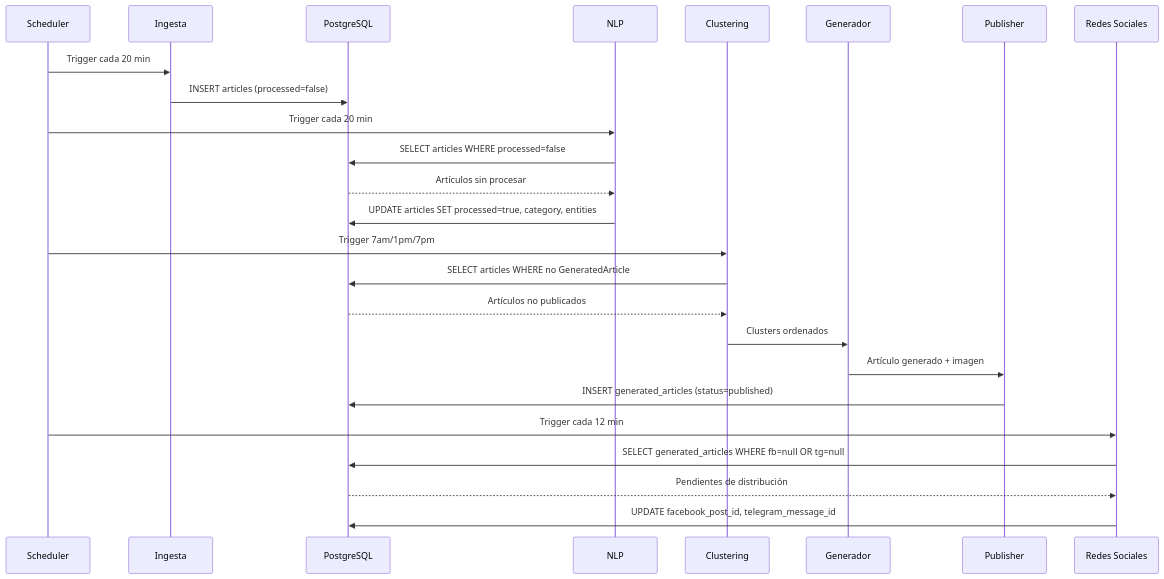
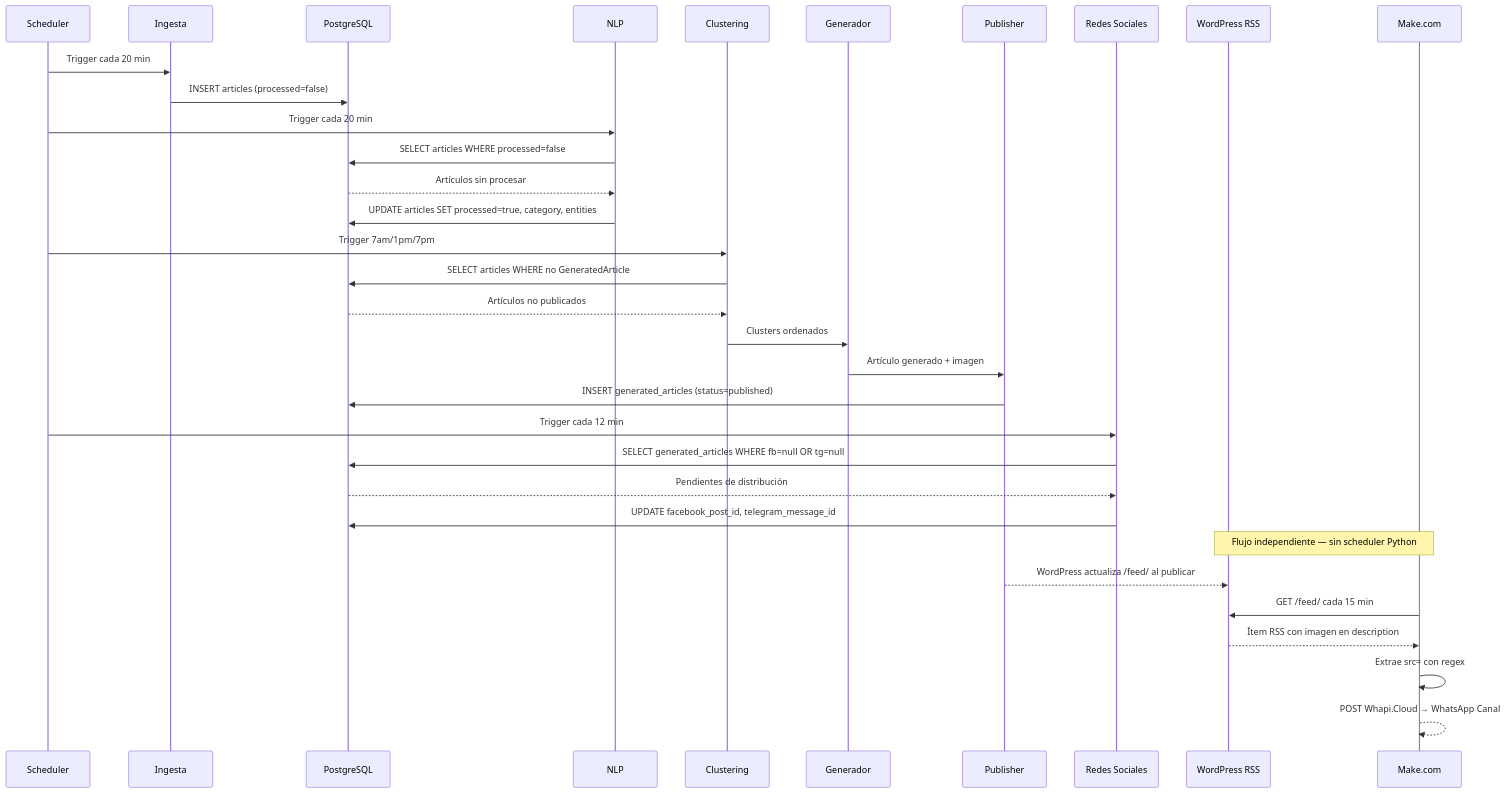
One commit to carloscheco-cloud/NeuroDiario changed the second of 2 diagrams in docs/ARCHITECTURE.md. Above: the diagram before and after it, drawn with Mermaid. The commit also changed other lines of this file, not shown here.

````diff
--- a/docs/ARCHITECTURE.md
+++ b/docs/ARCHITECTURE.md
@@ -84,28 +97,36 @@
 ```mermaid
 sequenceDiagram
     participant S as Scheduler
     participant I as Ingesta
     participant DB as PostgreSQL
     participant N as NLP
     participant C as Clustering
     participant G as Generador
     participant P as Publisher
     participant R as Redes Sociales
+    participant WP as WordPress RSS
+    participant M as Make.com
 
     S->>I: Trigger cada 20 min
     I->>DB: INSERT articles (processed=false)
     S->>N: Trigger cada 20 min
     N->>DB: SELECT articles WHERE processed=false
     DB-->>N: Artículos sin procesar
     N->>DB: UPDATE articles SET processed=true, category, entities
     S->>C: Trigger 7am/1pm/7pm
     C->>DB: SELECT articles WHERE no GeneratedArticle
     DB-->>C: Artículos no publicados
     C->>G: Clusters ordenados
     G->>P: Artículo generado + imagen
     P->>DB: INSERT generated_articles (status=published)
     S->>R: Trigger cada 12 min
     R->>DB: SELECT generated_articles WHERE fb=null OR tg=null
     DB-->>R: Pendientes de distribución
     R->>DB: UPDATE facebook_post_id, telegram_message_id
+    Note over WP,M: Flujo independiente — sin scheduler Python
+    P-->>WP: WordPress actualiza /feed/ al publicar
+    M->>WP: GET /feed/ cada 15 min
+    WP-->>M: Ítem RSS con imagen en description
+    M->>M: Extrae src= con regex
+    M-->>M: POST Whapi.Cloud → WhatsApp Canal
 ```
````
